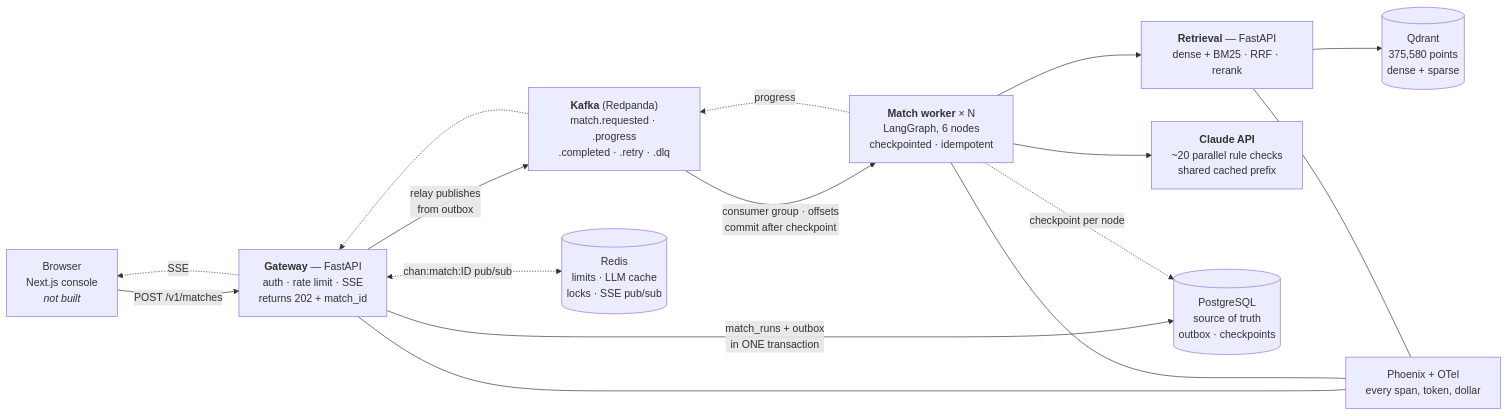
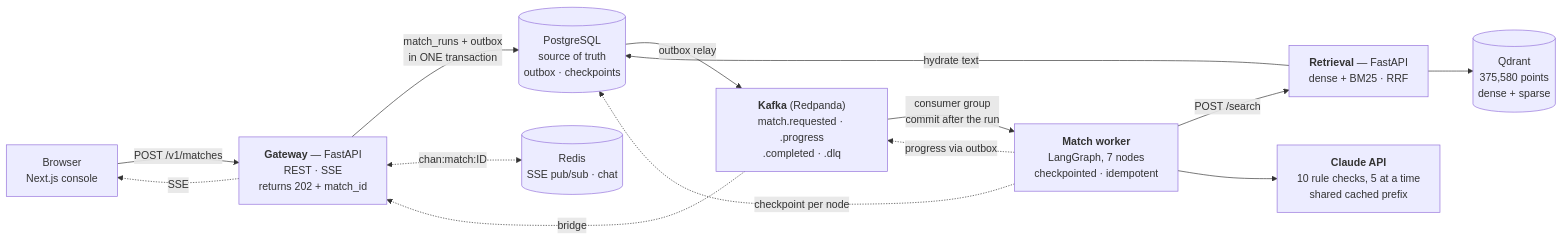
One commit to hasanmahdi2007/AIProject changed the diagram in README.md. Above: the diagram before and after it, drawn with Mermaid. The commit also changed other lines of this file and 7 other files, not shown here.

First line of the commit message:
docs: rewrite the README for the system as built, with run-locally steps

````diff
--- a/README.md
+++ b/README.md
@@ -79,28 +216,26 @@
 ```mermaid
 flowchart LR
-    B["Browser<br/>Next.js console<br/><i>not built</i>"]
-    G["<b>Gateway</b> — FastAPI<br/>auth · rate limit · SSE<br/>returns 202 + match_id"]
-    K["<b>Kafka</b> (Redpanda)<br/>match.requested · .progress<br/>.completed · .retry · .dlq"]
-    W["<b>Match worker</b> × N<br/>LangGraph, 6 nodes<br/>checkpointed · idempotent"]
-    R["<b>Retrieval</b> — FastAPI<br/>dense + BM25 · RRF · rerank"]
-    C["<b>Claude API</b><br/>~20 parallel rule checks<br/>shared cached prefix"]
+    B["Browser<br/>Next.js console"]
+    G["<b>Gateway</b> — FastAPI<br/>REST · SSE<br/>returns 202 + match_id"]
     PG[("PostgreSQL<br/>source of truth<br/>outbox · checkpoints")]
-    RD[("Redis<br/>limits · LLM cache<br/>locks · SSE pub/sub")]
+    K["<b>Kafka</b> (Redpanda)<br/>match.requested · .progress<br/>.completed · .dlq"]
+    W["<b>Match worker</b><br/>LangGraph, 7 nodes<br/>checkpointed · idempotent"]
+    R["<b>Retrieval</b> — FastAPI<br/>dense + BM25 · RRF"]
+    C["<b>Claude API</b><br/>10 rule checks, 5 at a time<br/>shared cached prefix"]
+    RD[("Redis<br/>SSE pub/sub · chat")]
     QD[("Qdrant<br/>375,580 points<br/>dense + sparse")]
-    PX["Phoenix + OTel<br/>every span, token, dollar"]
 
     B -->|"POST /v1/matches"| G
     G -->|"match_runs + outbox<br/>in ONE transaction"| PG
-    G -->|"relay publishes<br/>from outbox"| K
-    K -->|"consumer group · offsets<br/>commit after checkpoint"| W
-    W --> R --> QD
+    PG -->|"outbox relay"| K
+    K -->|"consumer group<br/>commit after the run"| W
+    W -->|"POST /search"| R
+    R --> QD
+    R -->|"hydrate text"| PG
     W --> C
     W -.->|"checkpoint per node"| PG
-    W -.->|"progress"| K
-    K -.-> G
-    G <-.->|"chan:match:ID pub/sub"| RD
+    W -.->|"progress via outbox"| K
+    K -.->|"bridge"| G
+    G <-.->|"chan:match:ID"| RD
     G -.->|"SSE"| B
-    G --- PX
-    W --- PX
-    R --- PX
 ```
````
